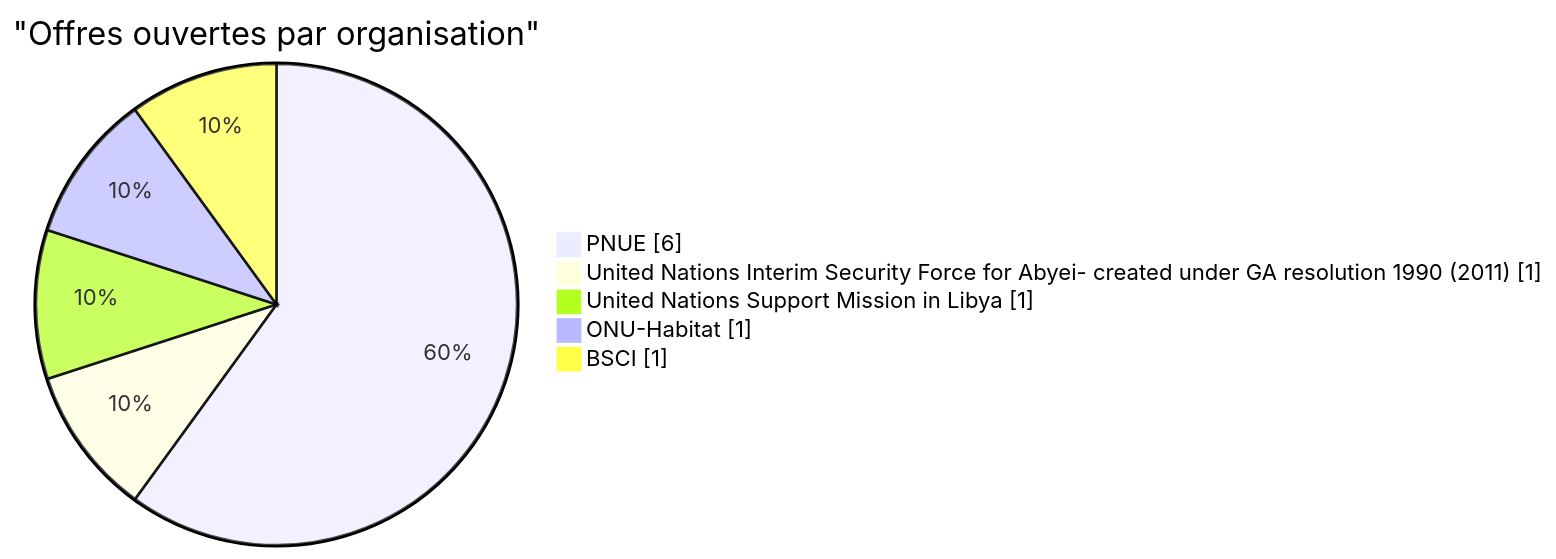
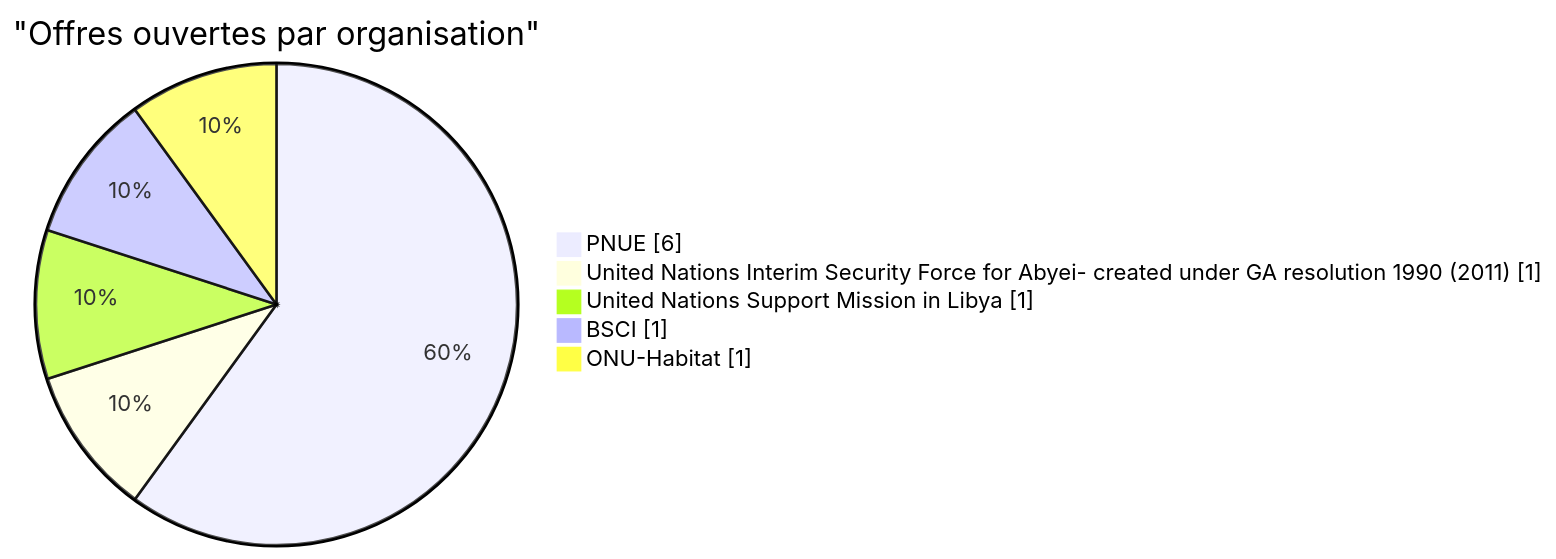
Before and after one commit to Abusooma/offres-tech-africa: the second of 3 diagrams in README.md, drawn with Mermaid. The commit also changed other lines of this file and 2 other files, not shown here.

````diff
--- a/README.md
+++ b/README.md
@@ -79,9 +79,9 @@
 ```mermaid
 pie showData
     title "Offres ouvertes par organisation"
     "PNUE" : 6
     "United Nations Interim Security Force for Abyei- created under GA resolution 1990 (2011)" : 1
     "United Nations Support Mission in Libya" : 1
+    "BSCI" : 1
     "ONU-Habitat" : 1
-    "BSCI" : 1
 ```
````
